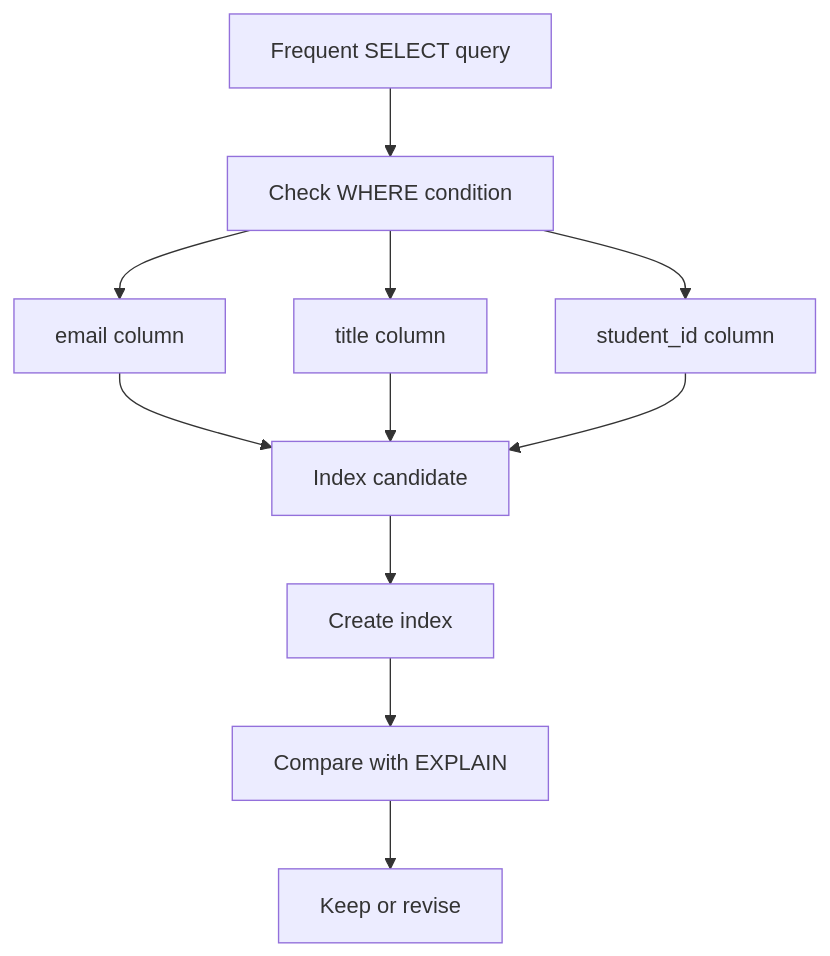
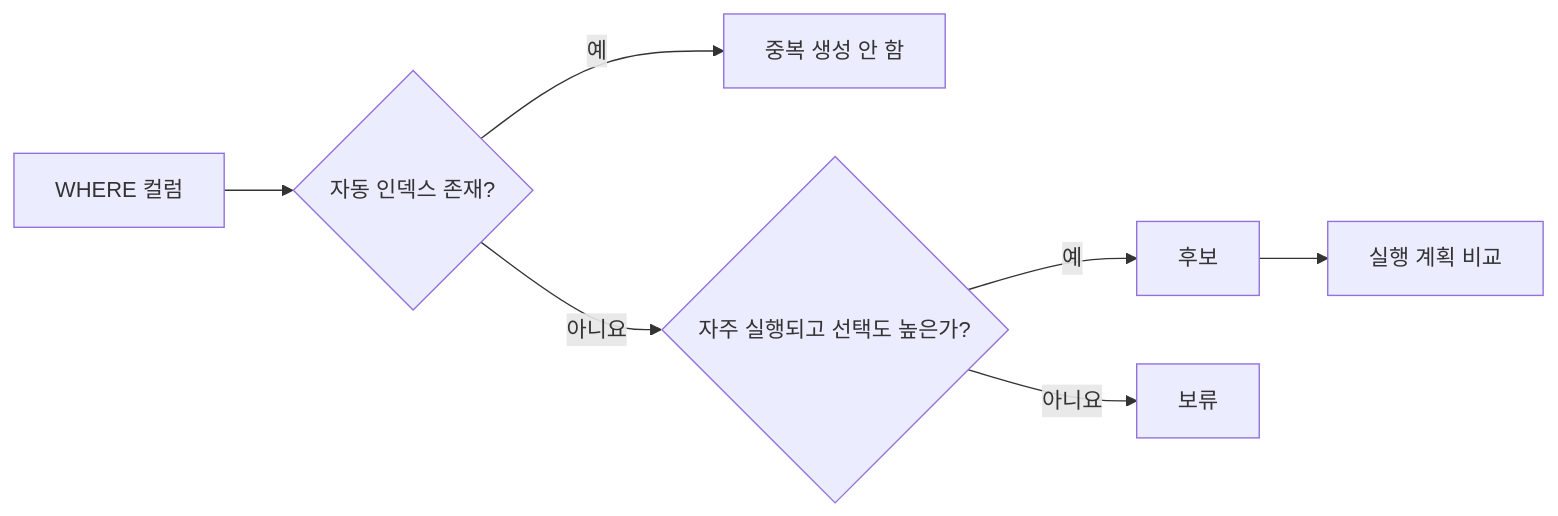
Before and after one commit to GilbertMoon/ai-database-book: the diagram in images/chapter10/ch10_03_where_index_candidate.mmd, drawn with Mermaid. The commit also changed 47 other files, not shown here.

Commit message:
Revise Chapters 10 and 11 content and diagrams

```diff
--- a/images/chapter10/ch10_03_where_index_candidate.mmd
+++ b/images/chapter10/ch10_03_where_index_candidate.mmd
@@ -1,13 +1,7 @@
-flowchart TB
-    A[Frequent SELECT query] --> B[Check WHERE condition]
-    B --> C[email column]
-    B --> D[title column]
-    B --> E[student_id column]
-
-    C --> F[Index candidate]
-    D --> F
-    E --> F
-
-    F --> G[Create index]
-    G --> H[Compare with EXPLAIN]
-    H --> I[Keep or revise]
+flowchart LR
+    A[WHERE 컬럼] --> B{자동 인덱스 존재?}
+    B -- 예 --> C[중복 생성 안 함]
+    B -- 아니요 --> D{자주 실행되고 선택도 높은가?}
+    D -- 예 --> E[후보]
+    D -- 아니요 --> F[보류]
+    E --> G[실행 계획 비교]
```
